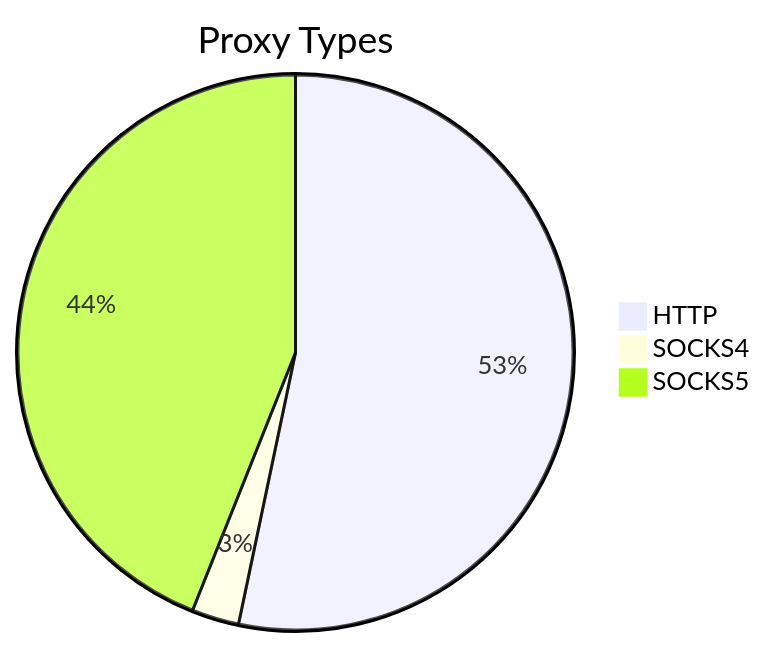
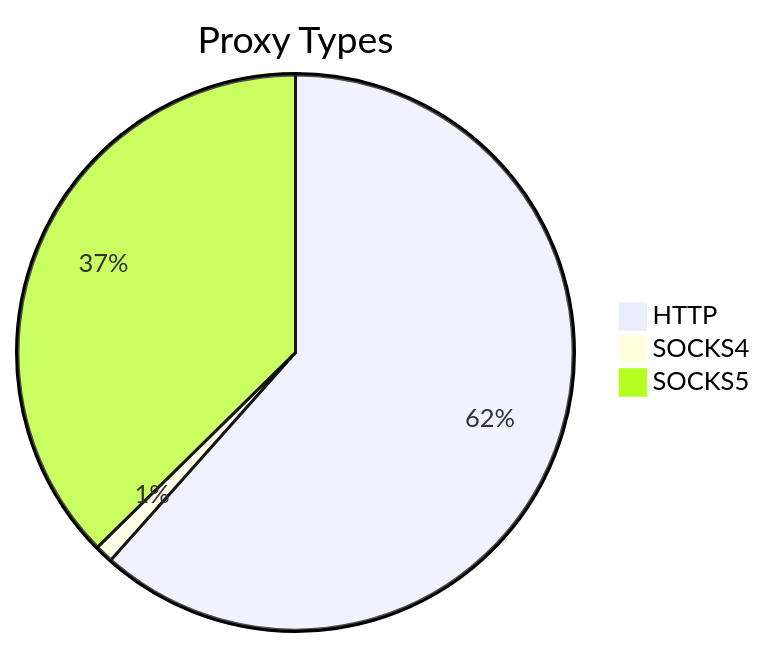
One commit to stormsia/proxy-list changed the first of 2 diagrams in README.md. Above: the diagram before and after it, drawn with Mermaid. The commit also changed other lines of this file, not shown here.

````diff
--- a/README.md
+++ b/README.md
@@ -21,6 +21,6 @@
 ```mermaid
 pie title Proxy Types
-    "HTTP" : 445
-    "SOCKS4" : 23
-    "SOCKS5" : 367
+    "HTTP" : 524
+    "SOCKS4" : 9
+    "SOCKS5" : 318
 ```
````
